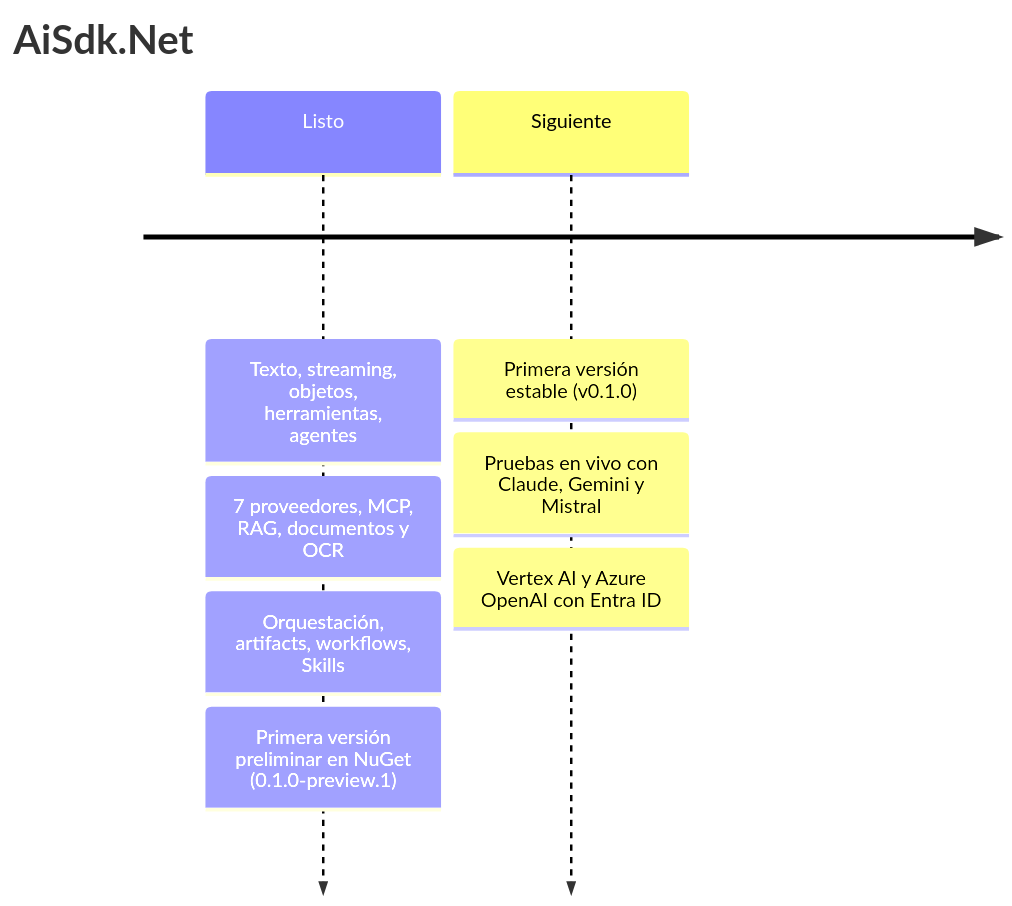
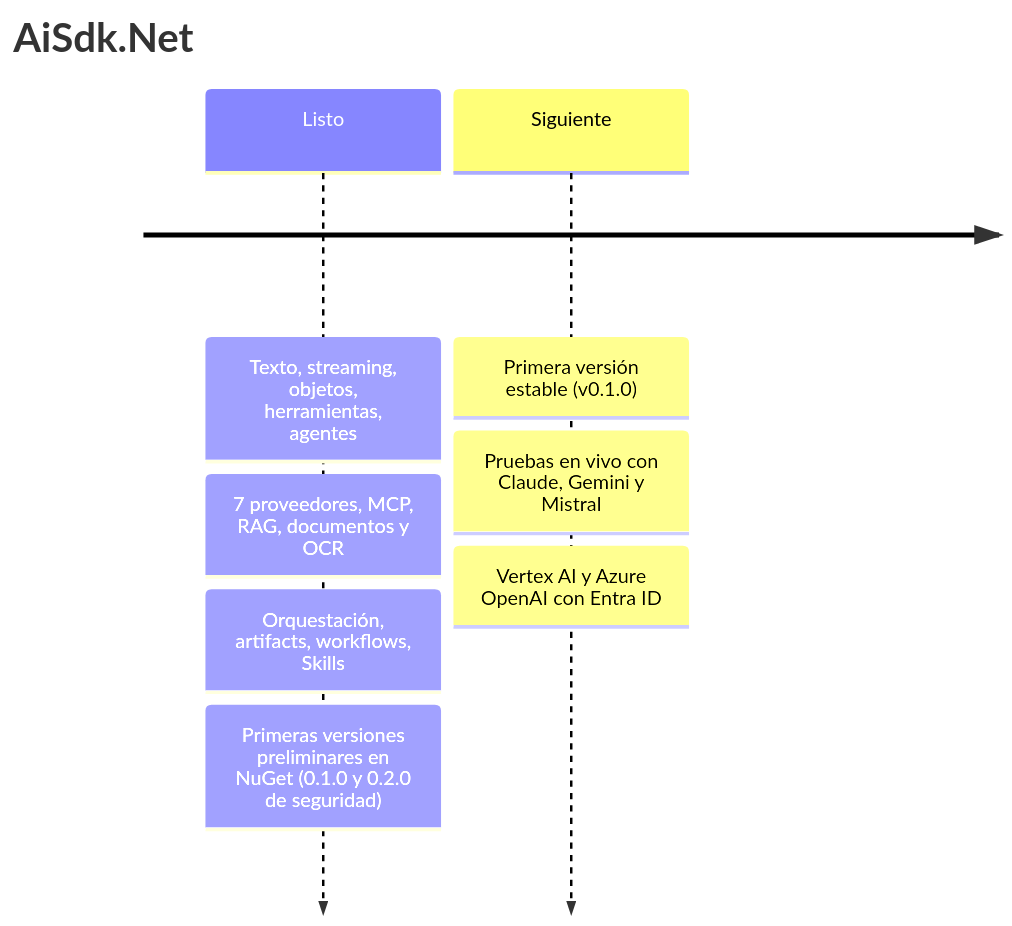
Before and after one commit to bluesmilecl/AiSdk.Net: the diagram in README.es.md, drawn with Mermaid. The commit also changed other lines of this file and 9 other files, not shown here.

````diff
--- a/README.es.md
+++ b/README.es.md
@@ -175,11 +175,11 @@
 ```mermaid
 timeline
     title AiSdk.Net
     Listo : Texto, streaming, objetos, herramientas, agentes
           : 7 proveedores, MCP, RAG, documentos y OCR
           : Orquestación, artifacts, workflows, Skills
-          : Primera versión preliminar en NuGet (0.1.0-preview.1)
+          : Primeras versiones preliminares en NuGet (0.1.0 y 0.2.0 de seguridad)
     Siguiente : Primera versión estable (v0.1.0)
               : Pruebas en vivo con Claude, Gemini y Mistral
               : Vertex AI y Azure OpenAI con Entra ID
 ```
````
